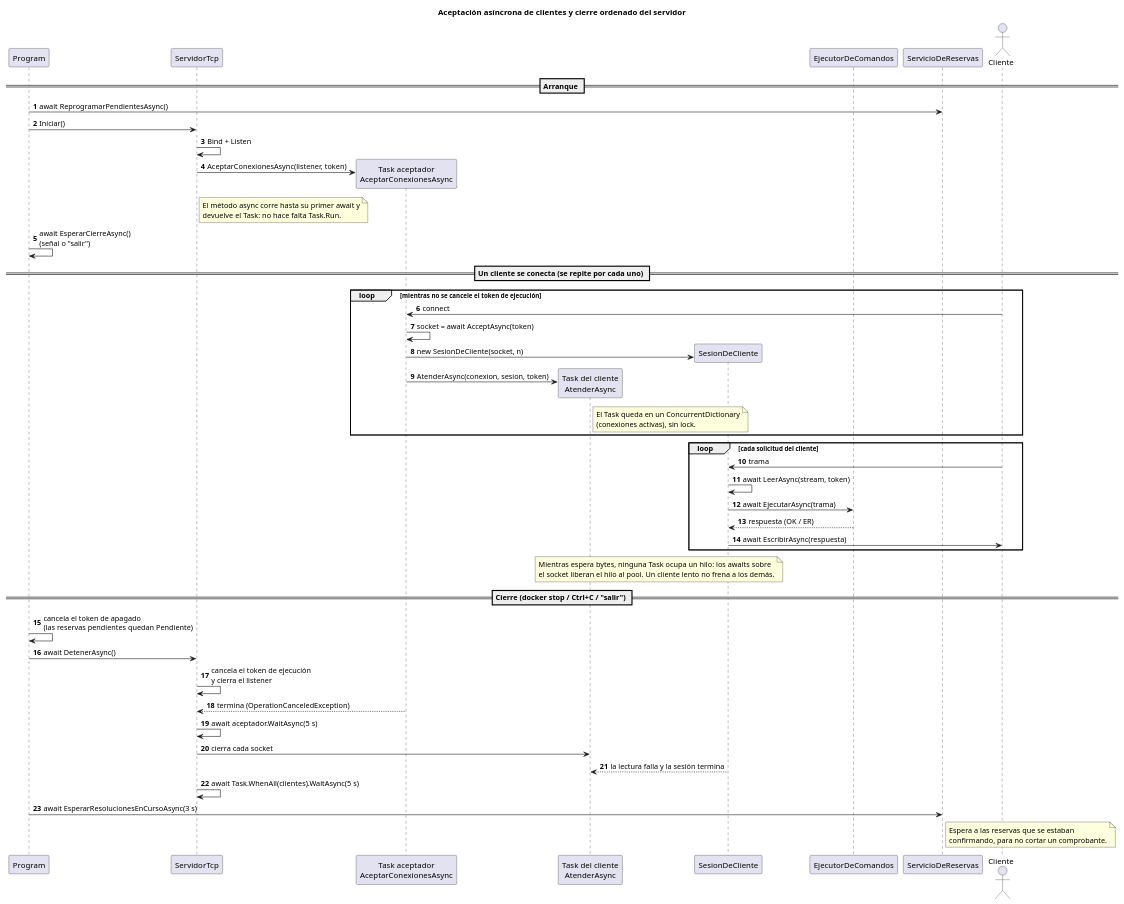
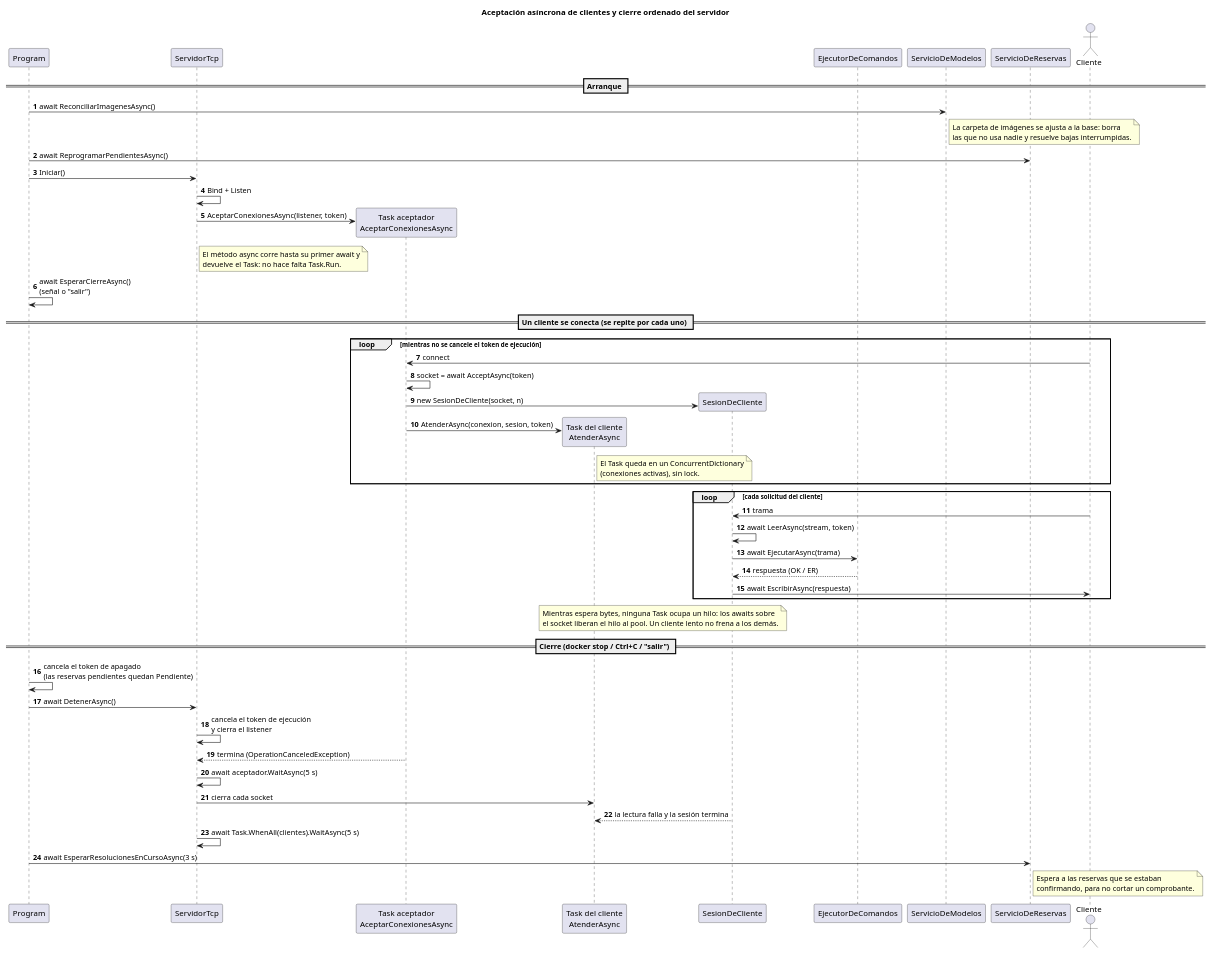
The diagram in docs/uml/secuencia-aceptacion.puml (Seba0512/EDISON), drawn with PlantUML before and after one commit. The commit also changed 5 other files, not shown here.

Commit message:
docs (docs/uml/): suma el puerto de imágenes y la reconciliación del arranque a los diagramas

```diff
--- a/docs/uml/secuencia-aceptacion.puml
+++ b/docs/uml/secuencia-aceptacion.puml
@@ -1,64 +1,70 @@
 @startuml secuencia-aceptacion
 title Aceptación asíncrona de clientes y cierre ordenado del servidor
 skinparam shadowing false
 autonumber
 
 participant "Program" as Program
 participant "ServidorTcp" as Servidor
 participant "Task aceptador\nAceptarConexionesAsync" as Aceptador
 participant "Task del cliente\nAtenderAsync" as Atencion
 participant "SesionDeCliente" as Sesion
 participant "EjecutorDeComandos" as Ejecutor
+participant "ServicioDeModelos" as Modelos
 participant "ServicioDeReservas" as Reservas
 actor Cliente
 
 == Arranque ==
+Program -> Modelos : await ReconciliarImagenesAsync()
+note right of Modelos
+  La carpeta de imágenes se ajusta a la base: borra
+  las que no usa nadie y resuelve bajas interrumpidas.
+end note
 Program -> Reservas : await ReprogramarPendientesAsync()
 Program -> Servidor : Iniciar()
 Servidor -> Servidor : Bind + Listen
 Servidor -> Aceptador ** : AceptarConexionesAsync(listener, token)
 note right of Servidor
   El método async corre hasta su primer await y
   devuelve el Task: no hace falta Task.Run.
 end note
 Program -> Program : await EsperarCierreAsync()\n(señal o "salir")
 
 == Un cliente se conecta (se repite por cada uno) ==
 loop mientras no se cancele el token de ejecución
   Cliente -> Aceptador : connect
   Aceptador -> Aceptador : socket = await AcceptAsync(token)
   Aceptador -> Sesion ** : new SesionDeCliente(socket, n)
   Aceptador -> Atencion ** : AtenderAsync(conexion, sesion, token)
   note right of Atencion
     El Task queda en un ConcurrentDictionary
     (conexiones activas), sin lock.
   end note
 end
 
 loop cada solicitud del cliente
   Cliente -> Sesion : trama
   Sesion -> Sesion : await LeerAsync(stream, token)
   Sesion -> Ejecutor : await EjecutarAsync(trama)
   Ejecutor --> Sesion : respuesta (OK / ER)
   Sesion -> Cliente : await EscribirAsync(respuesta)
 end
 note over Atencion, Sesion
   Mientras espera bytes, ninguna Task ocupa un hilo: los awaits sobre
   el socket liberan el hilo al pool. Un cliente lento no frena a los demás.
 end note
 
 == Cierre (docker stop / Ctrl+C / "salir") ==
 Program -> Program : cancela el token de apagado\n(las reservas pendientes quedan Pendiente)
 Program -> Servidor : await DetenerAsync()
 Servidor -> Servidor : cancela el token de ejecución\ny cierra el listener
 Aceptador --> Servidor : termina (OperationCanceledException)
 Servidor -> Servidor : await aceptador.WaitAsync(5 s)
 Servidor -> Atencion : cierra cada socket
 Sesion --> Atencion : la lectura falla y la sesión termina
 Servidor -> Servidor : await Task.WhenAll(clientes).WaitAsync(5 s)
 Program -> Reservas : await EsperarResolucionesEnCursoAsync(3 s)
 note right of Reservas
   Espera a las reservas que se estaban
   confirmando, para no cortar un comprobante.
 end note
 @enduml
```
